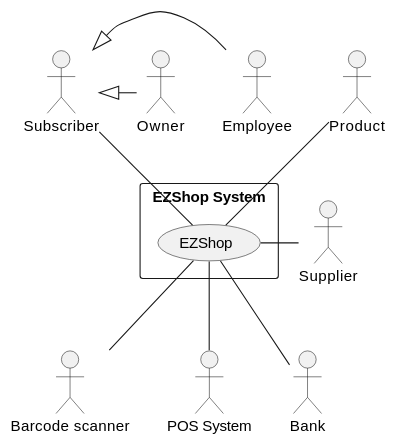
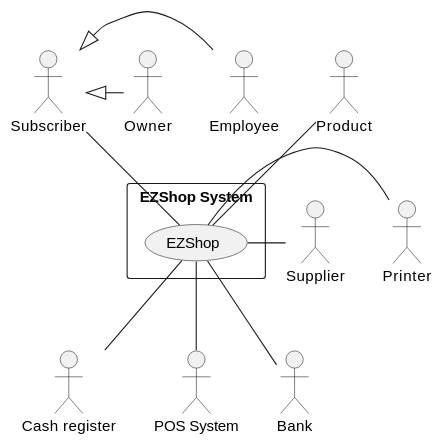
One commit to nicolabattaglino/ezshop changed the first of 7 diagrams in Deliverables/RequirementsDocument.md. Above: the diagram before and after it, drawn with PlantUML. The commit also changed other lines of this file, not shown here.

````diff
--- a/Deliverables/RequirementsDocument.md
+++ b/Deliverables/RequirementsDocument.md
@@ -59,30 +59,31 @@
 ```plantuml
 @startuml
 
 
-
+actor Printer 
 actor Owner
-actor :Barcode scanner: as bcScanner
+actor :Cash register: as bcScanner
 actor Product
 actor Subscriber
 actor Employee
 actor :POS System: as POSSystem
 actor :Supplier: as supplier
 actor Bank
 
 rectangle "EZShop System" as EZShopSystem{
 (EZShop)
 }
 Subscriber <|- Employee
 Subscriber <|- Owner
 Product -- EZShop
 EZShop -- POSSystem
 EZShop - supplier
 EZShop -- Bank
 Subscriber -- EZShop
 EZShop -- bcScanner
+EZShop - Printer
 
 
 
 @enduml
 ```
````
